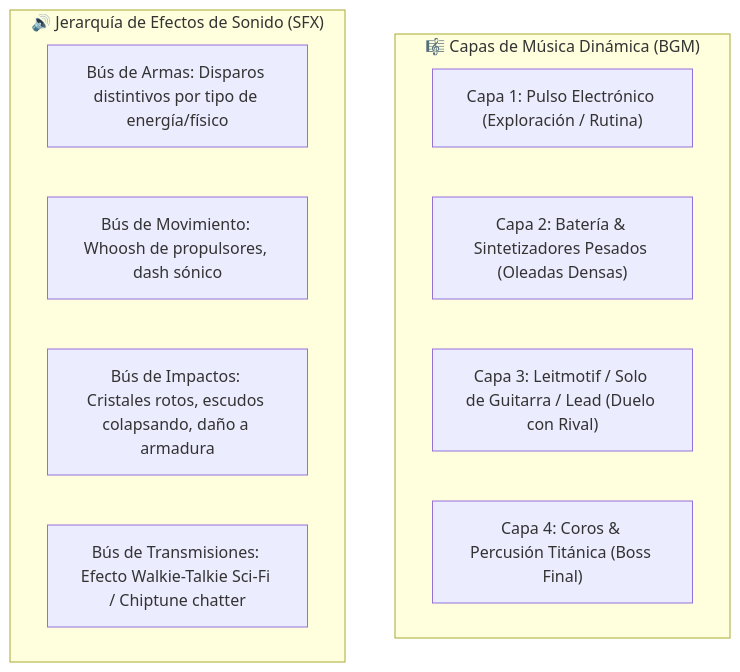
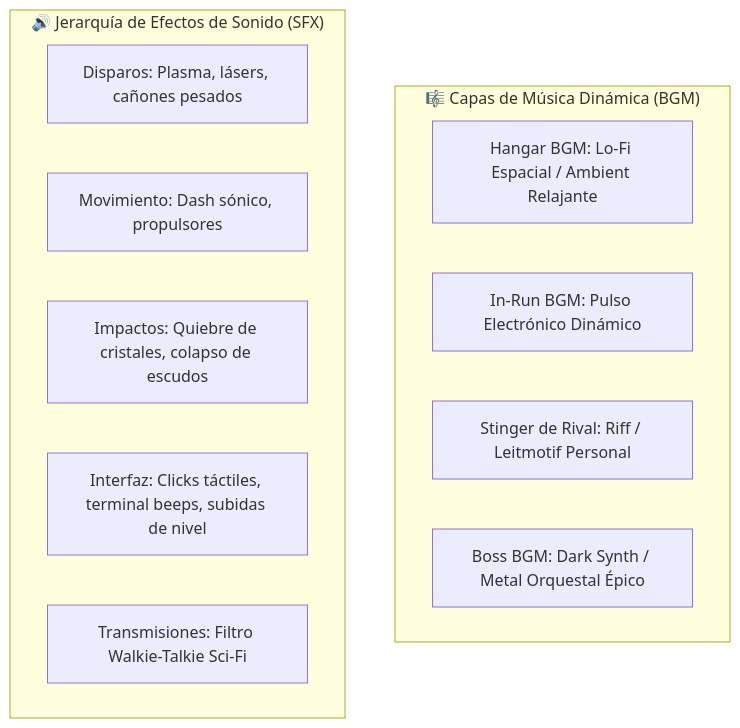
The tenth of 10 diagrams in docs/art/guia_maestra_estetica_narrativa_y_audio_para_el_artista.md (Ftleyell/astra-dream), drawn with Mermaid before and after one commit. The commit also changed other lines of this file, not shown here.

Commit message:
docs(art): expand master guide with 2.5D hub, pets, navigators, talent matrix, trophy hall and UI

````diff
--- a/docs/art/guia_maestra_estetica_narrativa_y_audio_para_el_artista.md
+++ b/docs/art/guia_maestra_estetica_narrativa_y_audio_para_el_artista.md
@@ -129,16 +234,17 @@
 ```mermaid
 flowchart TD
     subgraph BGM_STREAMS["🎼 Capas de Música Dinámica (BGM)"]
-        BaseLayer["Capa 1: Pulso Electrónico (Exploración / Rutina)"]
-        CombatLayer["Capa 2: Batería & Sintetizadores Pesados (Oleadas Densas)"]
-        RivalStinger["Capa 3: Leitmotif / Solo de Guitarra / Lead (Duelo con Rival)"]
-        BossOrchestra["Capa 4: Coros & Percusión Titánica (Boss Final)"]
+        HubAmbient["Hangar BGM: Lo-Fi Espacial / Ambient Relajante"]
+        BaseCombat["In-Run BGM: Pulso Electrónico Dinámico"]
+        RivalStinger["Stinger de Rival: Riff / Leitmotif Personal"]
+        BossClimax["Boss BGM: Dark Synth / Metal Orquestal Épico"]
     end
 
     subgraph SFX_BUSES["🔊 Jerarquía de Efectos de Sonido (SFX)"]
-        WeaponsBus["Bús de Armas: Disparos distintivos por tipo de energía/físico"]
-        MovementBus["Bús de Movimiento: Whoosh de propulsores, dash sónico"]
-        ImpactBus["Bús de Impactos: Cristales rotos, escudos colapsando, daño a armadura"]
-        RadioBus["Bús de Transmisiones: Efecto Walkie-Talkie Sci-Fi / Chiptune chatter"]
+        WeaponsBus["Disparos: Plasma, lásers, cañones pesados"]
+        MovementBus["Movimiento: Dash sónico, propulsores"]
+        ImpactBus["Impactos: Quiebre de cristales, colapso de escudos"]
+        UIBus["Interfaz: Clicks táctiles, terminal beeps, subidas de nivel"]
+        RadioBus["Transmisiones: Filtro Walkie-Talkie Sci-Fi"]
     end
 ```
````
